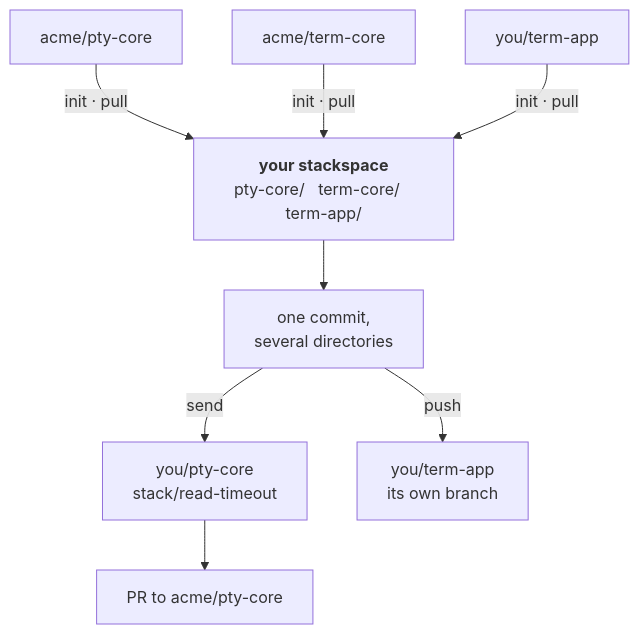
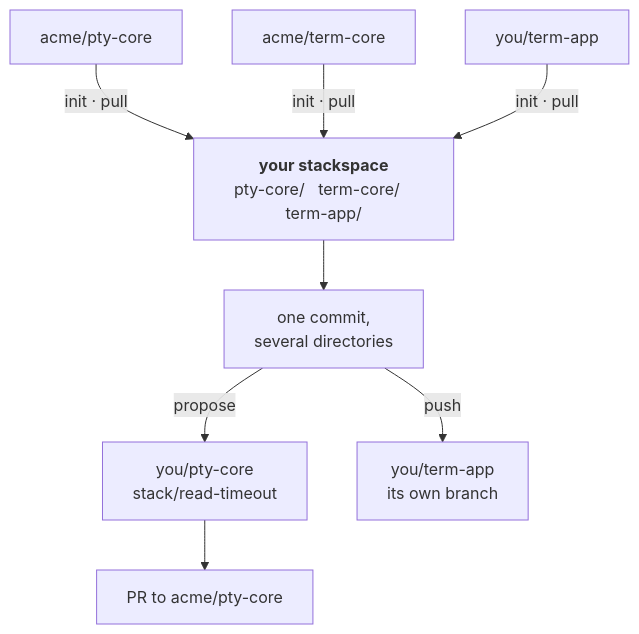
The first of 3 diagrams in site/rig/stack.md (rigsmith/rigsmith), drawn with Mermaid before and after one commit. The commit also changed other lines of this file and 19 other files, not shown here.

````diff
--- a/site/rig/stack.md
+++ b/site/rig/stack.md
@@ -28,13 +28,13 @@
 ```mermaid
 flowchart TB
     U1["acme/pty-core"] -->|"init · pull"| WS
     U2["acme/term-core"] -->|"init · pull"| WS
     U3["you/term-app"] -->|"init · pull"| WS
 
     WS["<b>your stackspace</b><br/>pty-core/ &nbsp; term-core/ &nbsp; term-app/"] --> CM["one commit,<br/>several directories"]
 
-    CM -->|"send"| B1["you/pty-core<br/>stack/read-timeout"]
+    CM -->|"propose"| B1["you/pty-core<br/>stack/read-timeout"]
     CM -->|"push"| B2["you/term-app<br/>its own branch"]
 
     B1 --> PR1["PR to acme/pty-core"]
 ```
````
